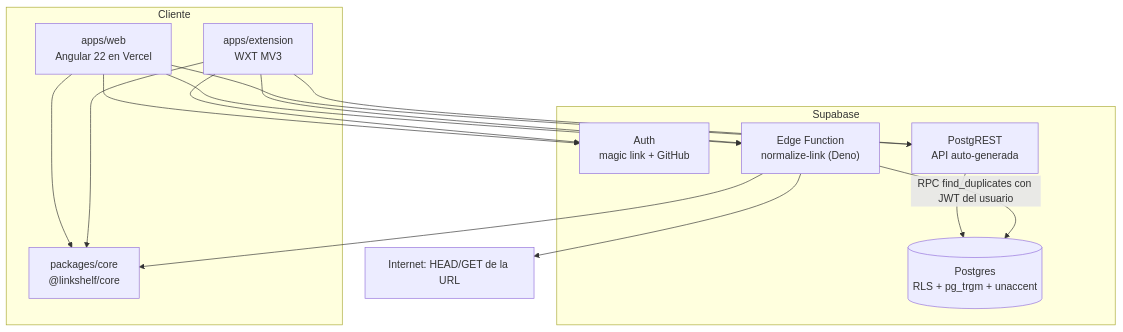
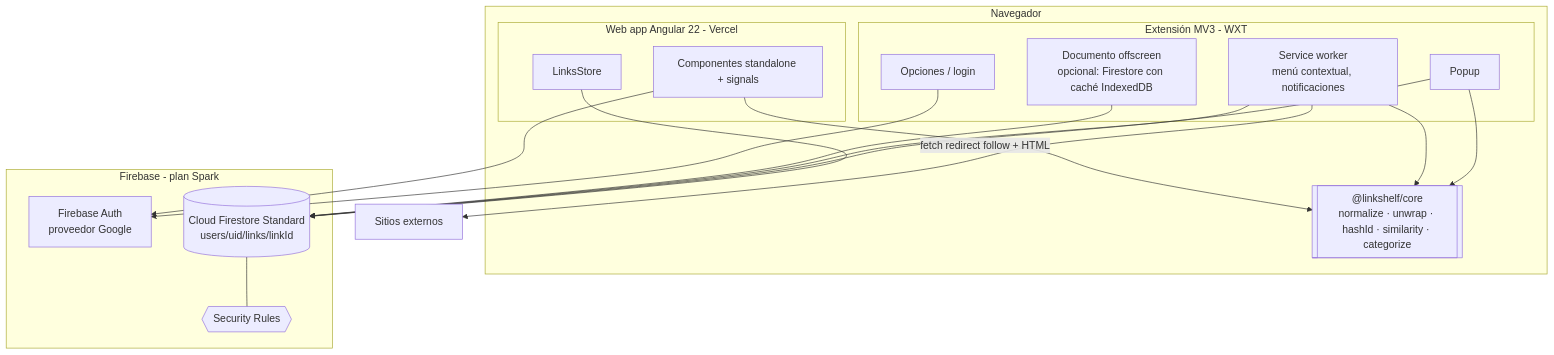
One commit to HugoFernandoColmenares/LinkShelf changed the second of 3 diagrams in docs/files/arquitectura.md. Above: the diagram before and after it, drawn with Mermaid. The commit also changed other lines of this file and 16 other files, not shown here.

Commit message:
docs: cambia el backend a Firebase (plan Spark)

````diff
--- a/docs/files/arquitectura.md
+++ b/docs/files/arquitectura.md
@@ -23,26 +28,32 @@
 ```mermaid
 flowchart TB
-    subgraph Cliente
-        WEB["apps/web<br/>Angular 22 en Vercel"]
-        EXT["apps/extension<br/>WXT MV3"]
-        CORE["packages/core<br/>@linkshelf/core"]
+  subgraph Navegador
+    subgraph Extension[Extensión MV3 - WXT]
+      SW[Service worker<br/>menú contextual, notificaciones]
+      POP[Popup]
+      OFF[Documento offscreen<br/>opcional: Firestore con caché IndexedDB]
+      OPT[Opciones / login]
     end
-    subgraph Supabase
-        AUTH["Auth<br/>magic link + GitHub"]
-        REST["PostgREST<br/>API auto-generada"]
-        FN["Edge Function<br/>normalize-link (Deno)"]
-        DB[("Postgres<br/>RLS + pg_trgm + unaccent")]
+    subgraph Web[Web app Angular 22 - Vercel]
+      UI[Componentes standalone + signals]
+      ST[LinksStore]
     end
-    WEB --> CORE
-    EXT --> CORE
-    FN --> CORE
-    WEB --> AUTH
-    EXT --> AUTH
-    WEB --> REST
-    EXT --> REST
-    WEB --> FN
-    EXT --> FN
-    REST --> DB
-    FN -->|RPC find_duplicates con JWT del usuario| DB
-    FN --> INTERNET["Internet: HEAD/GET de la URL"]
+    CORE[["@linkshelf/core<br/>normalize · unwrap · hashId · similarity · categorize"]]
+  end
+  subgraph Firebase[Firebase - plan Spark]
+    AUTH[Firebase Auth<br/>proveedor Google]
+    FS[(Cloud Firestore Standard<br/>users/uid/links/linkId)]
+    RULES{{Security Rules}}
+  end
+  POP --> CORE
+  SW --> CORE
+  UI --> CORE
+  ST --> FS
+  POP --> FS
+  SW --> FS
+  OFF --> FS
+  OPT --> AUTH
+  UI --> AUTH
+  FS --- RULES
+  SW -->|fetch redirect follow + HTML| EXT3[Sitios externos]
 ```
````
